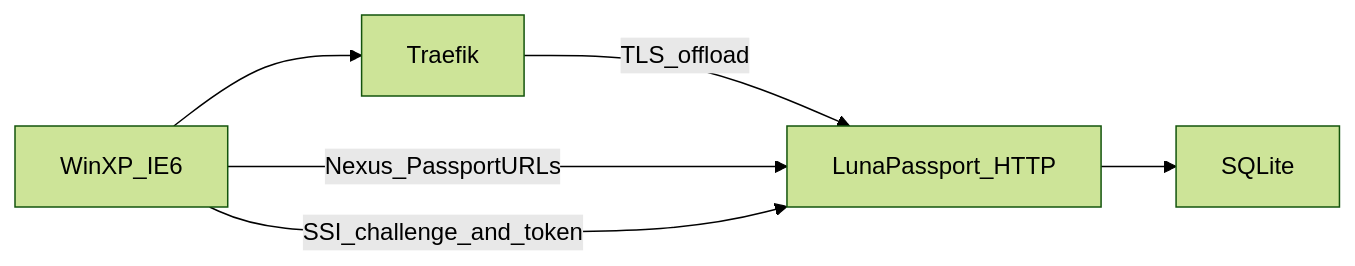
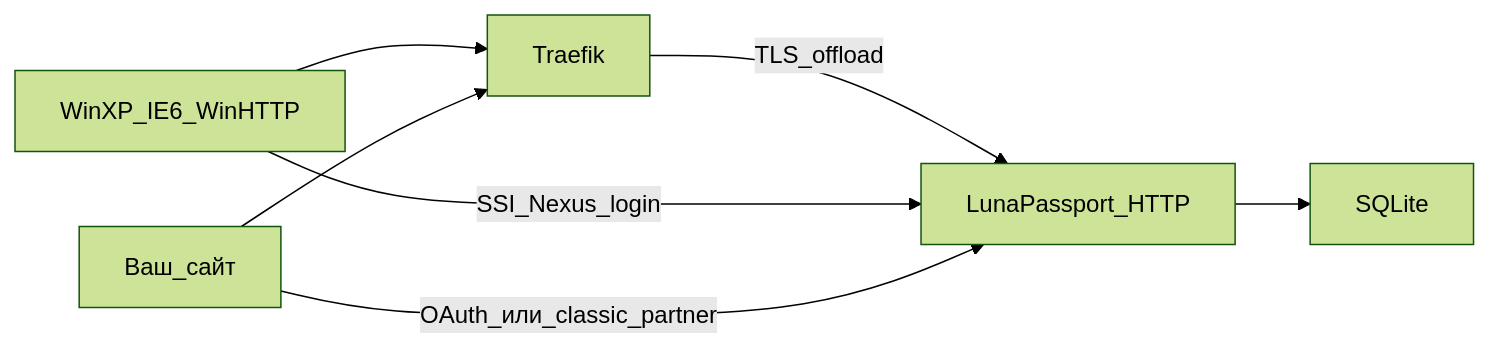
One commit to DanielMTeam/lunapassport changed the diagram in README.ru.md. Above: the diagram before and after it, drawn with Mermaid (forest theme). The commit also changed other lines of this file and 27 other files, not shown here.

````diff
--- a/README.ru.md
+++ b/README.ru.md
@@ -35,8 +57,9 @@
 ```mermaid
 flowchart LR
-  XP[WinXP_IE6] --> Traefik
+  XP[WinXP_IE6_WinHTTP] --> Traefik
+  Site[Ваш_сайт] --> Traefik
   Traefik -->|TLS_offload| Luna[LunaPassport_HTTP]
   Luna --> SQLite
-  XP -->|Nexus_PassportURLs| Luna
-  XP -->|SSI_challenge_and_token| Luna
+  XP -->|SSI_Nexus_login| Luna
+  Site -->|OAuth_или_classic_partner| Luna
 ```
````
